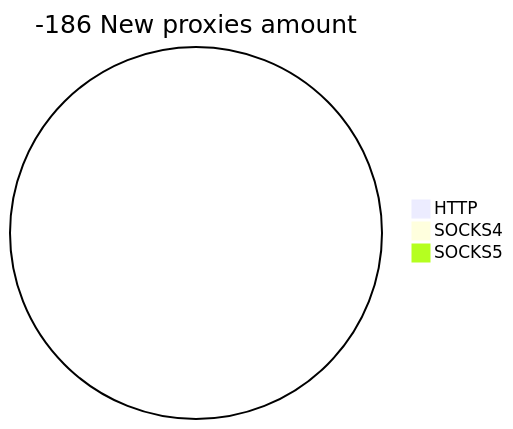
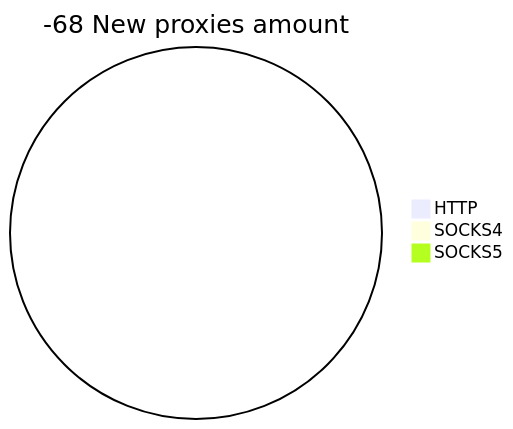
One commit to cutipu/proxylist changed the second of 2 diagrams in README.md. Above: the diagram before and after it, drawn with Mermaid. The commit also changed other lines of this file, not shown here.

````diff
--- a/README.md
+++ b/README.md
@@ -10,6 +10,6 @@
 ```mermaid
-pie title -186 New proxies amount
+pie title -68 New proxies amount
     "HTTP" : 0
     "SOCKS4" : 0
     "SOCKS5" : 0
 ```
````
